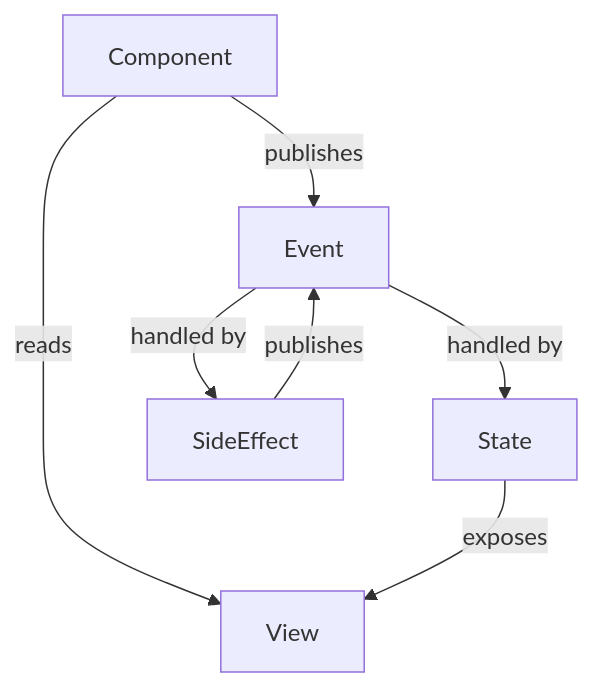
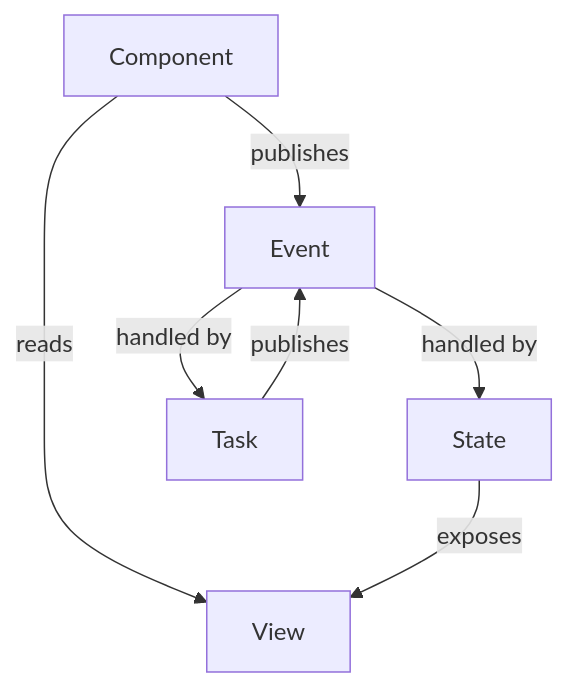
The diagram in packages/store/README.md (fredyang/evst), drawn with Mermaid before and after one commit. The commit also changed other lines of this file and 11 other files, not shown here.

````diff
--- a/packages/store/README.md
+++ b/packages/store/README.md
@@ -26,9 +27,9 @@
 ```mermaid
 flowchart TB
   component[Component] -->|reads| view[View]
   component -->|publishes| event[Event]
   event -->|handled by| state[State]
-  event -->|handled by| effect[SideEffect]
-  effect -->|publishes| event
+  event -->|handled by| task[Task]
+  task -->|publishes| event
   state -->|exposes| view
 ```
````
